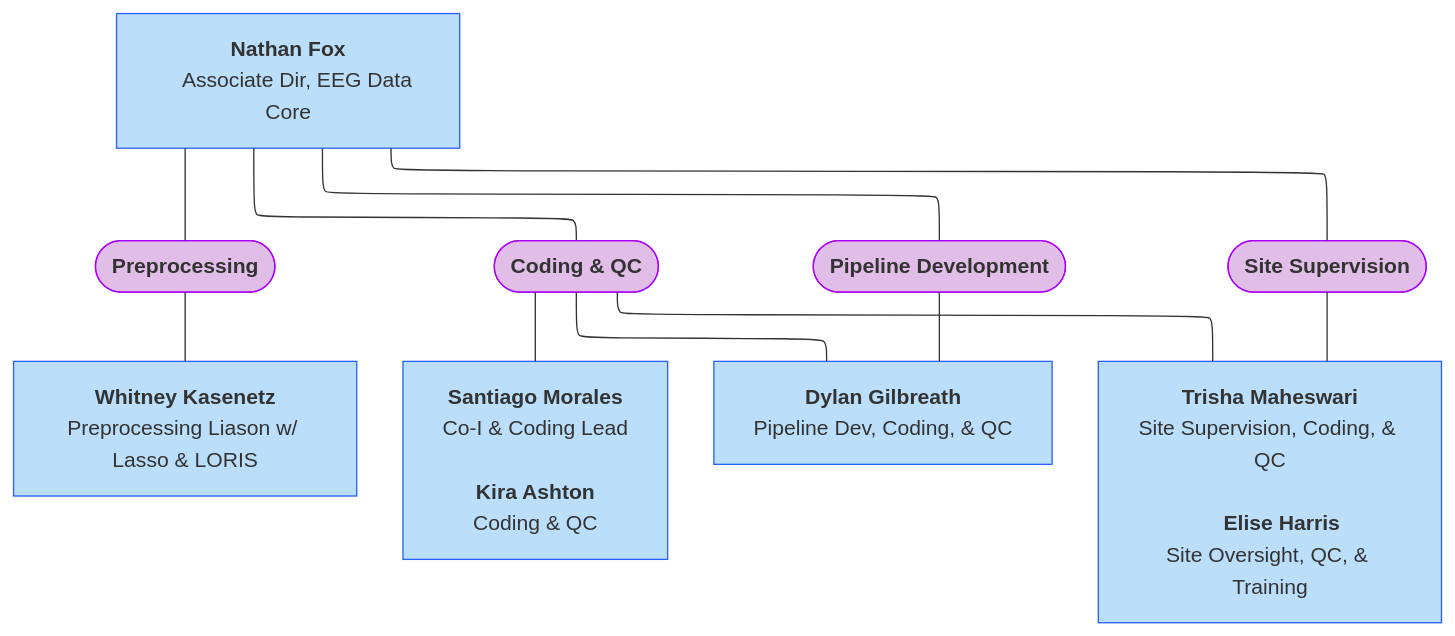
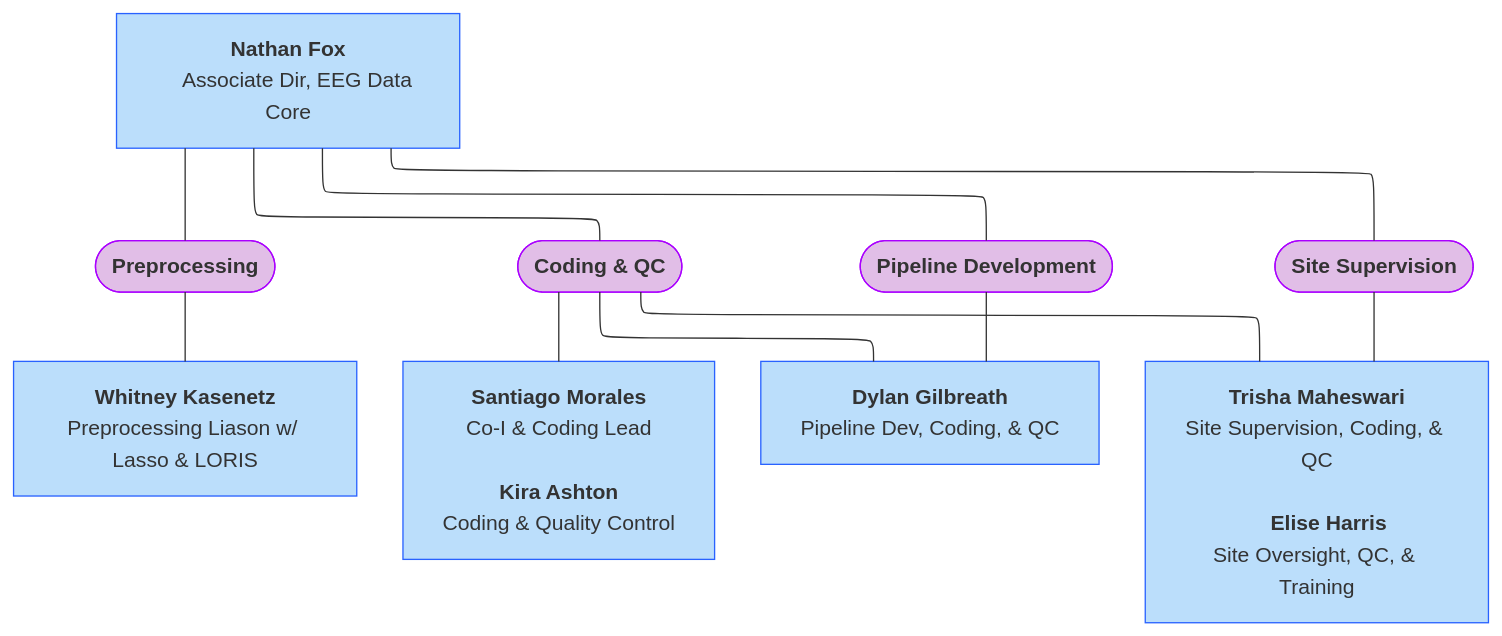
Before and after one commit to DCAN-Labs/hbcd-docs-internal: the fifth of 10 diagrams in docs/orgcharts.md, drawn with Mermaid.

Commit message:
minor update

````diff
--- a/docs/orgcharts.md
+++ b/docs/orgcharts.md
@@ -247,24 +247,24 @@
 ```mermaid
 ---
 config:
   layout: elk
 ---
 flowchart TB
     n16["<b>Nathan Fox</b>
     Associate Dir, EEG Data Core"] --- n17(["<b>Preprocessing</b>"]) & n19(["<b>Coding &amp; QC</b>"]) & n21(["<b>Pipeline Development</b>"]) & n29(["<b>Site Supervision</b>"])
     n17 --- n18["<b>Whitney Kasenetz</b><br>Preprocessing Liason w/ Lasso &amp; LORIS"]
     n19 --- n27["<b>Santiago Morales</b><br>Co-I &amp; Coding Lead<br>
-    <b>Kira Ashton</b><br>Coding &amp; QC"] & n28["<b>Dylan Gilbreath</b><br>Pipeline Dev, Coding, &amp; QC"] & n30["<b>Trisha Maheswari</b><br>Site Supervision, Coding, &amp; QC<br>
+    <b>Kira Ashton</b><br>Coding &amp; Quality Control"] & n28["<b>Dylan Gilbreath</b><br>Pipeline Dev, Coding, &amp; QC"] & n30["<b>Trisha Maheswari</b><br>Site Supervision, Coding, &amp; QC<br>
     <b>Elise Harris<br></b>Site Oversight, QC, &amp; Training"]
     n21 --- n28
     n29 --- n30
     style n16 fill:#BBDEFB,stroke:#2962FF
     style n17 fill:#E1BEE7,stroke:#AA00FF
     style n19 fill:#E1BEE7,stroke:#AA00FF
     style n21 fill:#E1BEE7,stroke:#AA00FF
     style n29 fill:#E1BEE7,stroke:#AA00FF
     style n18 fill:#BBDEFB,stroke:#2962FF
     style n27 fill:#BBDEFB,stroke:#2962FF
     style n28 fill:#BBDEFB,stroke:#2962FF
     style n30 fill:#BBDEFB,stroke:#2962FF
 ```
````
